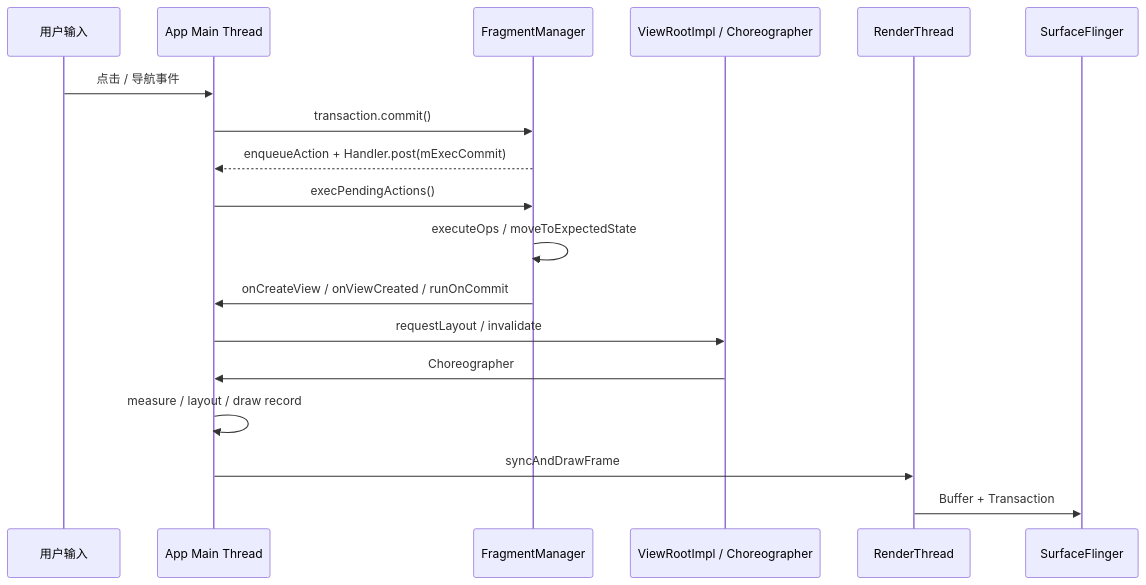
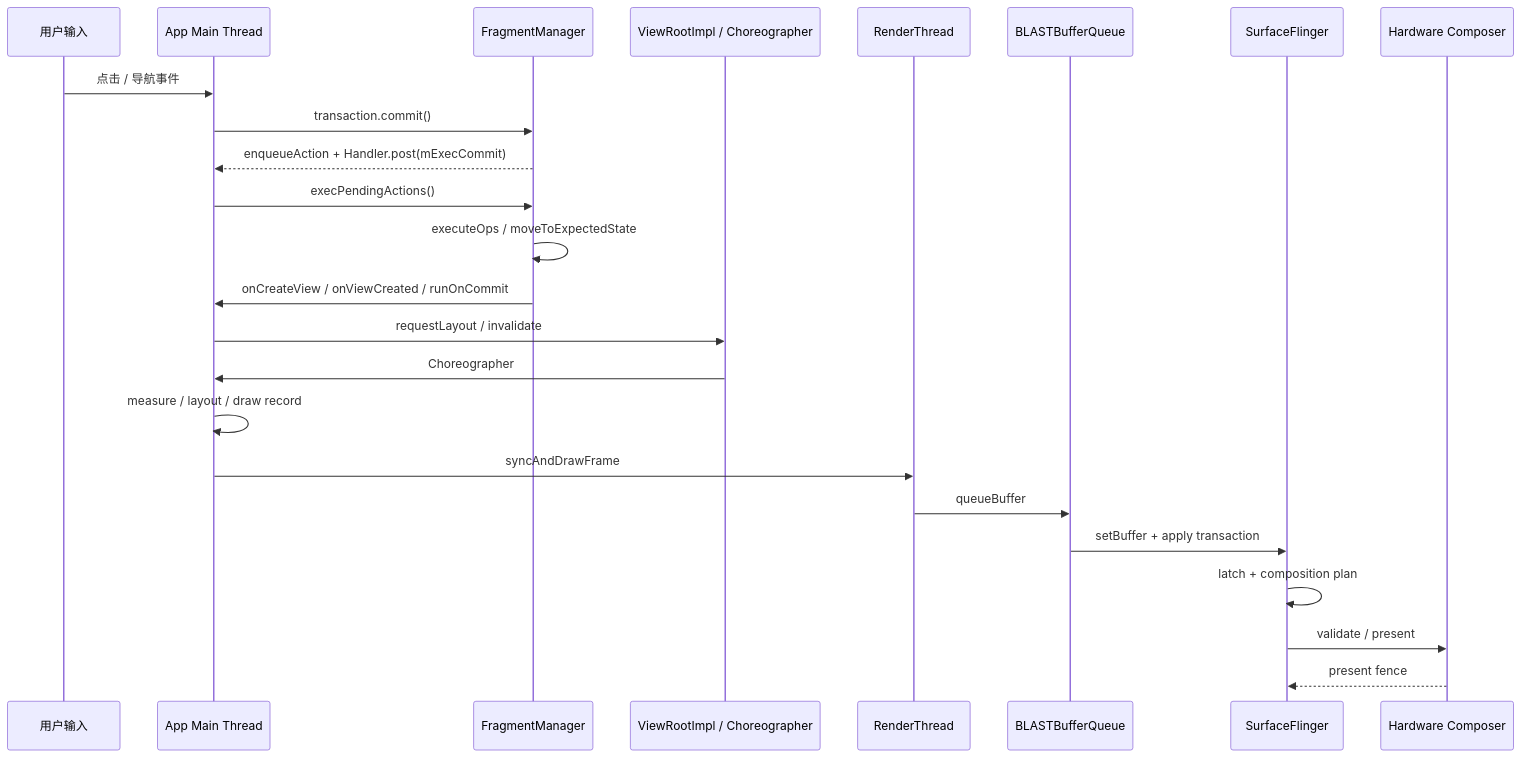
The diagram in src/part5-app/ch22-rendering-practice/12-fragment-transaction-performance.md (Gracker/android-internals-wiki), drawn with Mermaid before and after one commit. The commit also changed other lines of this file, not shown here.

Commit message:
docs: harden Android 17 Fragment transaction guidance

````diff
--- a/src/part5-app/ch22-rendering-practice/12-fragment-transaction-performance.md
+++ b/src/part5-app/ch22-rendering-practice/12-fragment-transaction-performance.md
@@ -273,21 +275,27 @@
 ```mermaid
 sequenceDiagram
     participant User as 用户输入
     participant Main as App Main Thread
     participant FM as FragmentManager
     participant VRI as ViewRootImpl / Choreographer
     participant RT as RenderThread
+    participant BBQ as BLASTBufferQueue
     participant SF as SurfaceFlinger
+    participant HWC as Hardware Composer
 
     User->>Main: 点击 / 导航事件
     Main->>FM: transaction.commit()
     FM-->>Main: enqueueAction + Handler.post(mExecCommit)
     Main->>FM: execPendingActions()
     FM->>FM: executeOps / moveToExpectedState
     FM->>Main: onCreateView / onViewCreated / runOnCommit
     Main->>VRI: requestLayout / invalidate
     VRI->>Main: Choreographer#doFrame
     Main->>Main: measure / layout / draw record
     Main->>RT: syncAndDrawFrame
-    RT->>SF: Buffer + Transaction
+    RT->>BBQ: queueBuffer
+    BBQ->>SF: setBuffer + apply transaction
+    SF->>SF: latch + composition plan
+    SF->>HWC: validate / present
+    HWC-->>SF: present fence
 ```
````
